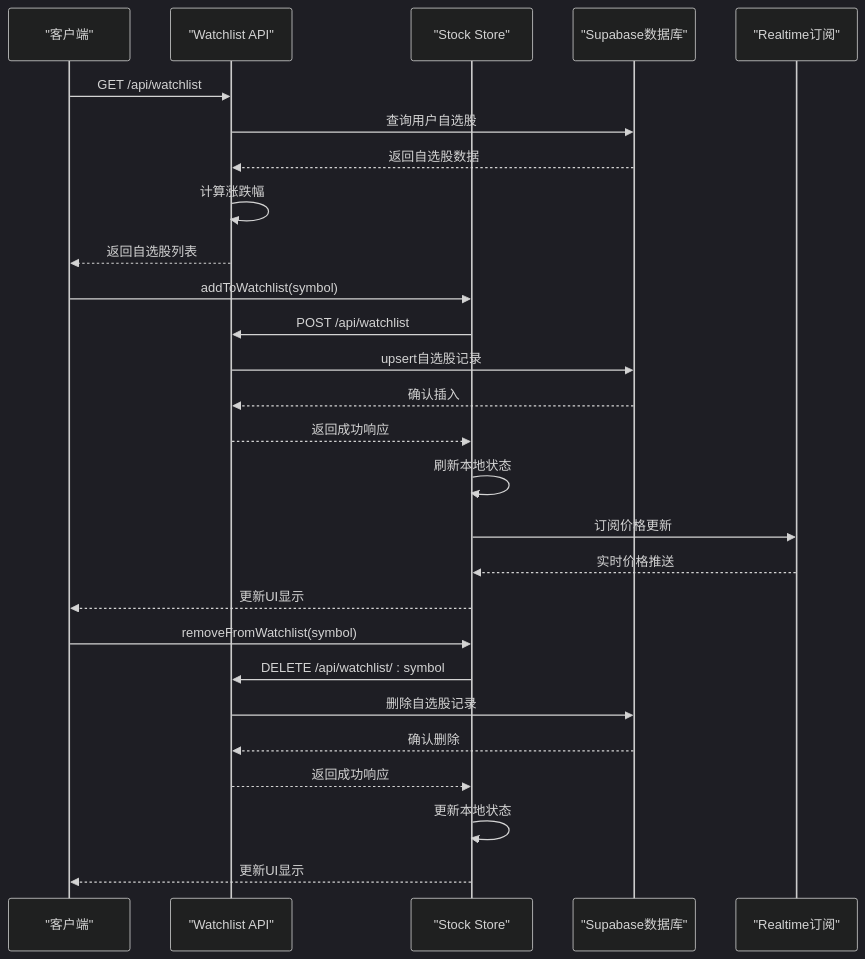
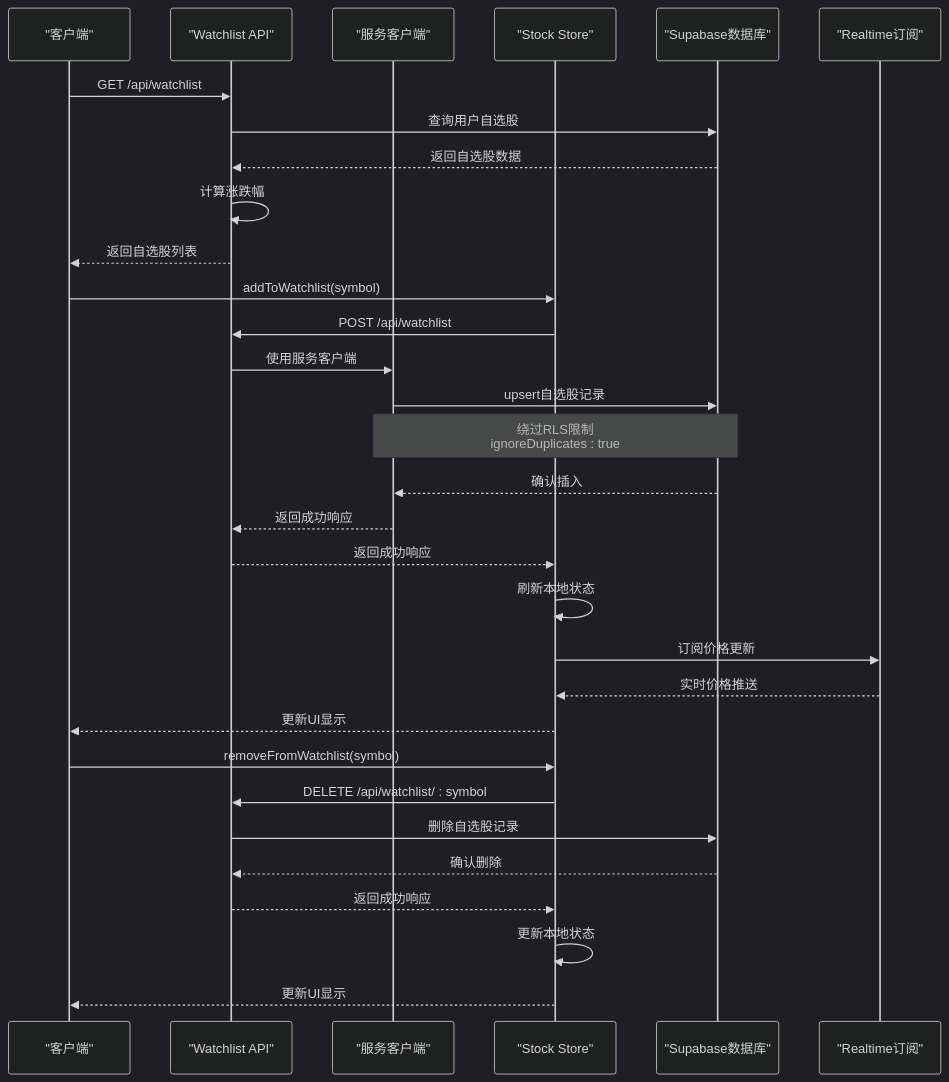
Before and after one commit to javalittleman1/virtual-stock-trading: the third of 12 diagrams in .qoder/repowiki/zh/content/API接口文档/自选股管理API.md, drawn with Mermaid (dark theme). The commit also changed other lines of this file and 7 other files, not shown here.

````diff
--- a/.qoder/repowiki/zh/content/API接口文档/自选股管理API.md
+++ b/.qoder/repowiki/zh/content/API接口文档/自选股管理API.md
@@ -202,29 +215,33 @@
 ```mermaid
 sequenceDiagram
 participant Client as "客户端"
 participant API as "Watchlist API"
+participant ServiceClient as "服务客户端"
 participant Store as "Stock Store"
 participant DB as "Supabase数据库"
 participant Realtime as "Realtime订阅"
 Client->>API : GET /api/watchlist
 API->>DB : 查询用户自选股
 DB-->>API : 返回自选股数据
 API->>API : 计算涨跌幅
 API-->>Client : 返回自选股列表
 Client->>Store : addToWatchlist(symbol)
 Store->>API : POST /api/watchlist
-API->>DB : upsert自选股记录
-DB-->>API : 确认插入
+API->>ServiceClient : 使用服务客户端
+ServiceClient->>DB : upsert自选股记录
+Note over ServiceClient,DB : 绕过RLS限制<br/>ignoreDuplicates : true
+DB-->>ServiceClient : 确认插入
+ServiceClient-->>API : 返回成功响应
 API-->>Store : 返回成功响应
 Store->>Store : 刷新本地状态
 Store->>Realtime : 订阅价格更新
 Realtime-->>Store : 实时价格推送
 Store-->>Client : 更新UI显示
 Client->>Store : removeFromWatchlist(symbol)
 Store->>API : DELETE /api/watchlist/ : symbol
 API->>DB : 删除自选股记录
 DB-->>API : 确认删除
 API-->>Store : 返回成功响应
 Store->>Store : 更新本地状态
 Store-->>Client : 更新UI显示
 ```
````
